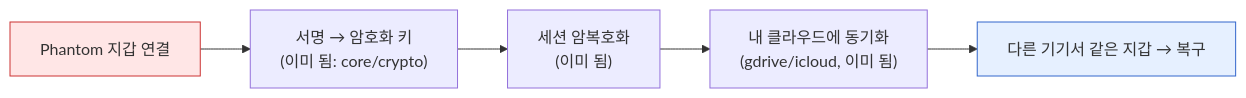
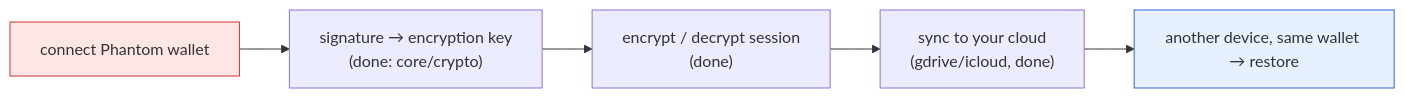
One commit to IQCoreTeam/AgentNet changed the second of 4 diagrams in plans/roadmap-2tracks.md. Above: the diagram before and after it, drawn with Mermaid. The commit also changed other lines of this file, not shown here.

Commit message:
docs: translate roadmap-2tracks to English

````diff
--- a/plans/roadmap-2tracks.md
+++ b/plans/roadmap-2tracks.md
@@ -26,9 +28,9 @@
 ```mermaid
 flowchart LR
-    W["Phantom 지갑 연결"] --> KEY["서명 → 암호화 키<br/>(이미 됨: core/crypto)"]
-    KEY --> SESS["세션 암복호화<br/>(이미 됨)"]
-    SESS --> CLOUD["내 클라우드에 동기화<br/>(gdrive/icloud, 이미 됨)"]
-    CLOUD --> MULTI["다른 기기서 같은 지갑 → 복구"]
+    W["connect Phantom wallet"] --> KEY["signature → encryption key<br/>(done: core/crypto)"]
+    KEY --> SESS["encrypt / decrypt session<br/>(done)"]
+    SESS --> CLOUD["sync to your cloud<br/>(gdrive/icloud, done)"]
+    CLOUD --> MULTI["another device, same wallet → restore"]
     style W fill:#ffe6e6,stroke:#c33
     style MULTI fill:#e6f0ff,stroke:#36c
 ```
````
